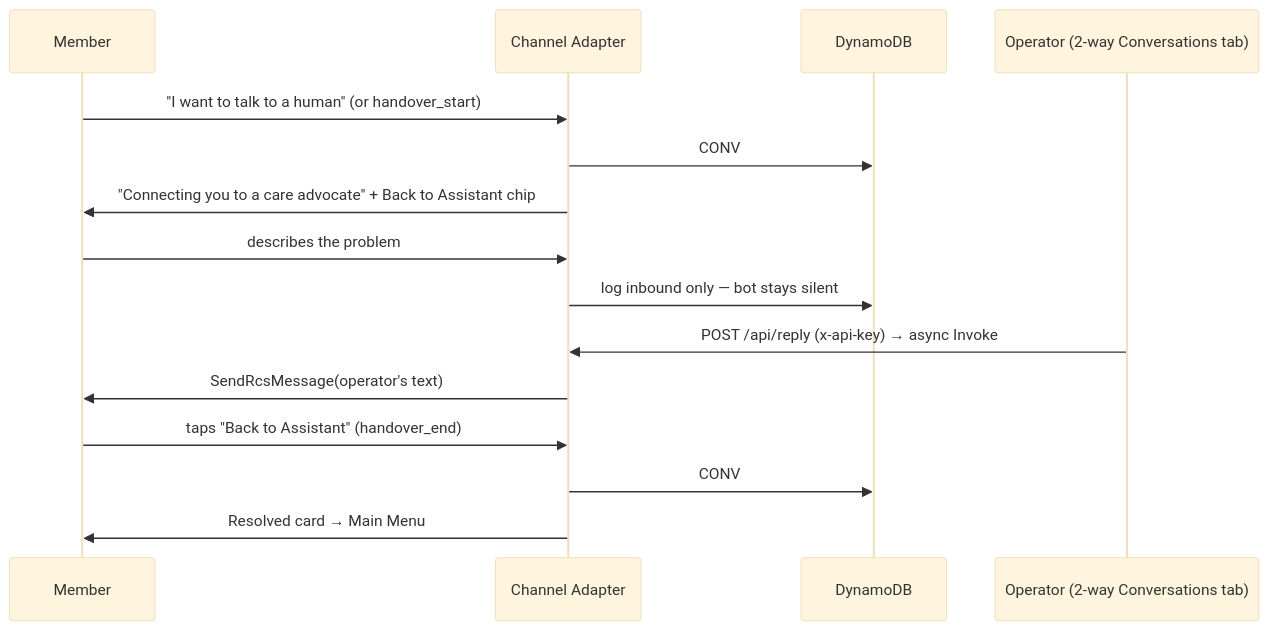
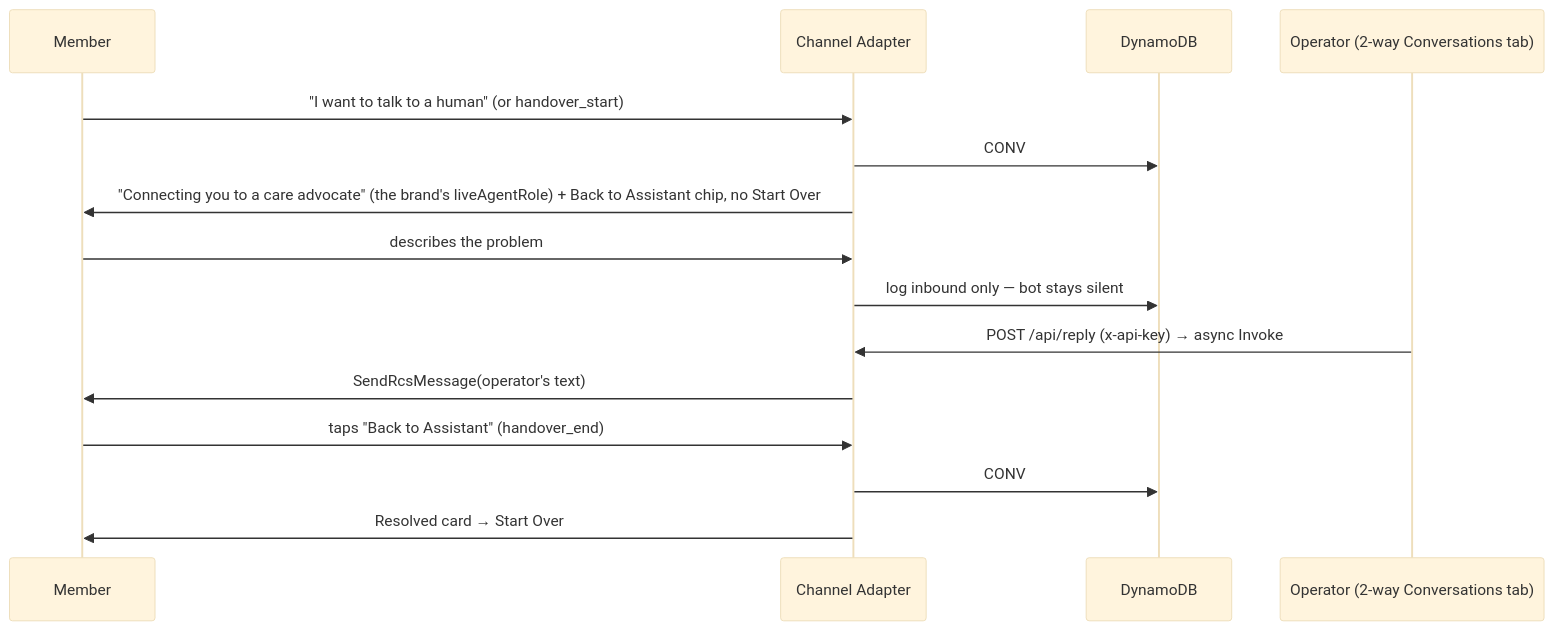
The eighth of 16 diagrams in docs/architecture.md (aws-samples/sample-rcs-messaging-demo-app), drawn with Mermaid (base theme) before and after one commit. The commit also changed other lines of this file and 156 other files, not shown here.

````diff
--- a/docs/architecture.md
+++ b/docs/architecture.md
@@ -1076,17 +1327,17 @@
 ```mermaid
 sequenceDiagram
   participant M as Member
   participant A as Channel Adapter
   participant D as DynamoDB
   participant O as Operator (2-way Conversations tab)
   M->>A: "I want to talk to a human"  (or handover_start)
   A->>D: CONV#{hash}/STATE = LIVE
-  A->>M: "Connecting you to a care advocate" + Back to Assistant chip
+  A->>M: "Connecting you to a care advocate" (the brand's liveAgentRole) + Back to Assistant chip, no Start Over
   M->>A: describes the problem
   A->>D: log inbound only — bot stays silent
   O->>A: POST /api/reply (x-api-key) → async Invoke
   A->>M: SendRcsMessage(operator's text)
   M->>A: taps "Back to Assistant" (handover_end)
   A->>D: CONV#{hash}/STATE = bot
-  A->>M: Resolved card → Main Menu
+  A->>M: Resolved card → Start Over
 ```
````
